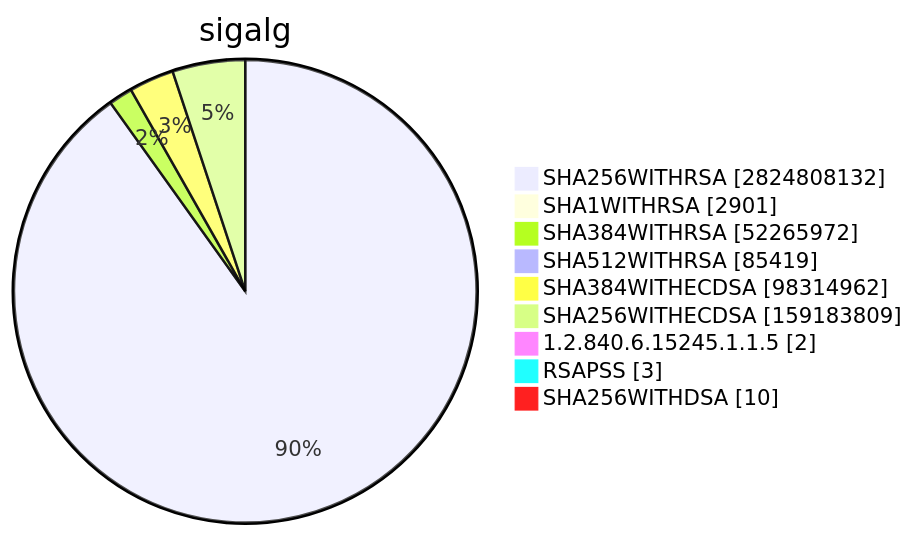
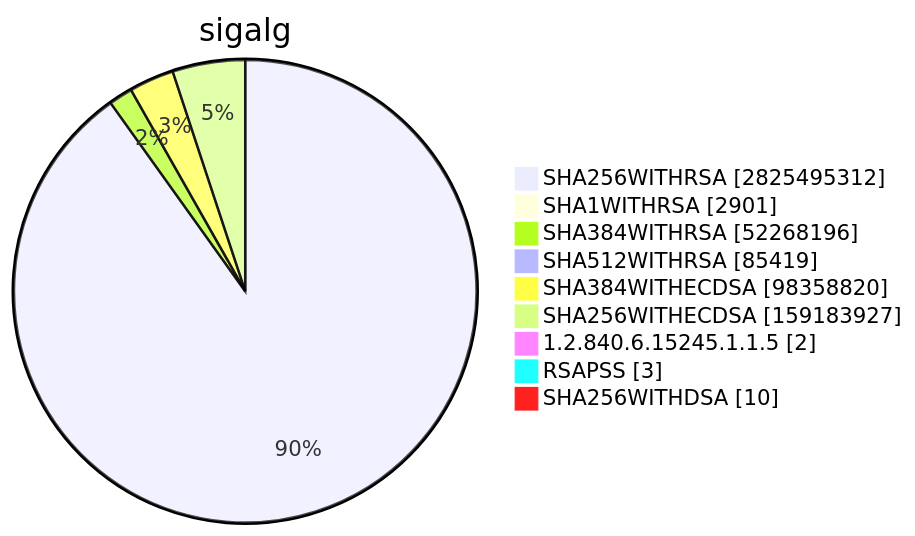
One commit to christiankrug/ctmonitor_visualization changed diagram 15 of 15 in TOTAL/README.md. Above: the diagram before and after it, drawn with Mermaid. The commit also changed other lines of this file, not shown here.

````diff
--- a/TOTAL/README.md
+++ b/TOTAL/README.md
@@ -6205,13 +6205,13 @@
 ```mermaid
 pie showData
 title sigalg
-"SHA256WITHRSA" :2824808132
+"SHA256WITHRSA" :2825495312
 "SHA1WITHRSA" :2901
-"SHA384WITHRSA" :52265972
+"SHA384WITHRSA" :52268196
 "SHA512WITHRSA" :85419
-"SHA384WITHECDSA" :98314962
-"SHA256WITHECDSA" :159183809
+"SHA384WITHECDSA" :98358820
+"SHA256WITHECDSA" :159183927
 "1.2.840.6.15245.1.1.5" :2
 "RSAPSS" :3
 "SHA256WITHDSA" :10
 ```
````
